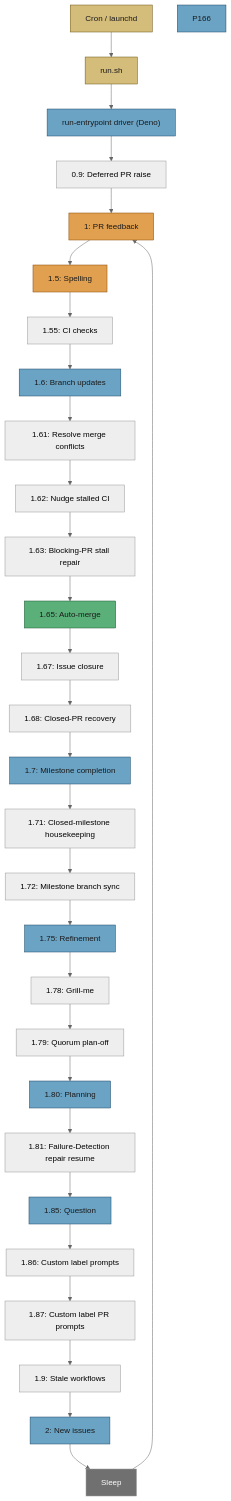
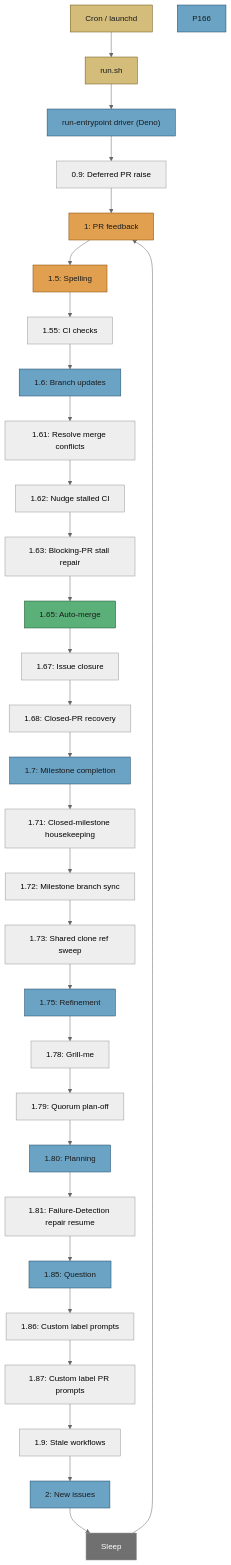
The second of 5 diagrams in docs/workflows/README.md (stSoftwareAU/VibeCoder), drawn with Mermaid (neutral theme) before and after one commit. The commit also changed other lines of this file and 3 other files, not shown here.

````diff
--- a/docs/workflows/README.md
+++ b/docs/workflows/README.md
@@ -144,45 +144,46 @@
 ```mermaid
 flowchart TD
   Cron["Cron / launchd"] --> Run["run.sh"]
   Run --> Core["run-entrypoint driver (Deno)"]
   Core --> P09["0.9: Deferred PR raise"]
   P09 --> P1["1: PR feedback"]
   P1 --> P15["1.5: Spelling"]
   P15 --> P155["1.55: CI checks"]
   P155 --> P16["1.6: Branch updates"]
   P16 --> P161["1.61: Resolve merge conflicts"]
   P161 --> P162["1.62: Nudge stalled CI"]
   P162 --> P163["1.63: Blocking-PR stall repair"]
   P163 --> P165["1.65: Auto-merge"]
   P165 --> P167["1.67: Issue closure"]
   P167 --> P168["1.68: Closed-PR recovery"]
   P168 --> P17["1.7: Milestone completion"]
   P17 --> P171["1.71: Closed-milestone housekeeping"]
   P171 --> P172["1.72: Milestone branch sync"]
-  P172 --> P175["1.75: Refinement"]
+  P172 --> P173["1.73: Shared clone ref sweep"]
+  P173 --> P175["1.75: Refinement"]
   P175 --> P178["1.78: Grill-me"]
   P178 --> P179["1.79: Quorum plan-off"]
   P179 --> P18["1.80: Planning"]
   P18 --> P181["1.81: Failure-Detection repair resume"]
   P181 --> P185["1.85: Question"]
   P185 --> P186["1.86: Custom label prompts"]
   P186 --> P187["1.87: Custom label PR prompts"]
   P187 --> P19["1.9: Stale workflows"]
   P19 --> P2["2: New issues"]
   P2 --> Sleep["Sleep"]
   Sleep --> P1
   style Cron fill:#d4bc7a,stroke:#6b5510,color:#1a1a1a
   style Run fill:#d4bc7a,stroke:#6b5510,color:#1a1a1a
   style Core fill:#6ba3c4,stroke:#1d4a6a,color:#1a1a1a
   style P1 fill:#e0a050,stroke:#8b4500,color:#1a1a1a
   style P15 fill:#e0a050,stroke:#8b4500,color:#1a1a1a
   style P16 fill:#6ba3c4,stroke:#1d4a6a,color:#1a1a1a
   style P165 fill:#5ab078,stroke:#1d5a35,color:#1a1a1a
   style P166 fill:#6ba3c4,stroke:#1d4a6a,color:#1a1a1a
   style P17 fill:#6ba3c4,stroke:#1d4a6a,color:#1a1a1a
   style P175 fill:#6ba3c4,stroke:#1d4a6a,color:#1a1a1a
   style P18 fill:#6ba3c4,stroke:#1d4a6a,color:#1a1a1a
   style P185 fill:#6ba3c4,stroke:#1d4a6a,color:#1a1a1a
   style P2 fill:#6ba3c4,stroke:#1d4a6a,color:#1a1a1a
   style Sleep fill:#707070,stroke:,color:#fff
 ```
````
